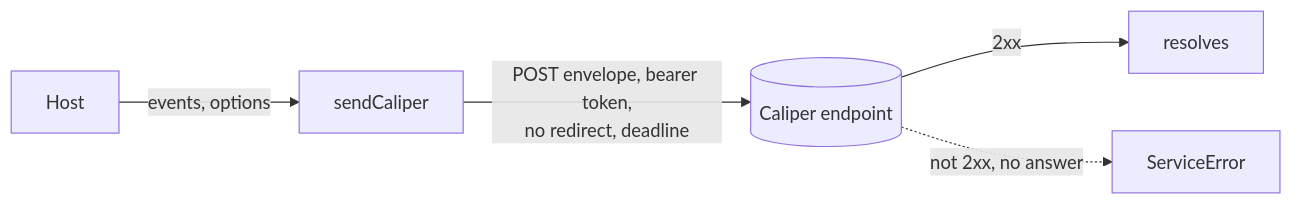
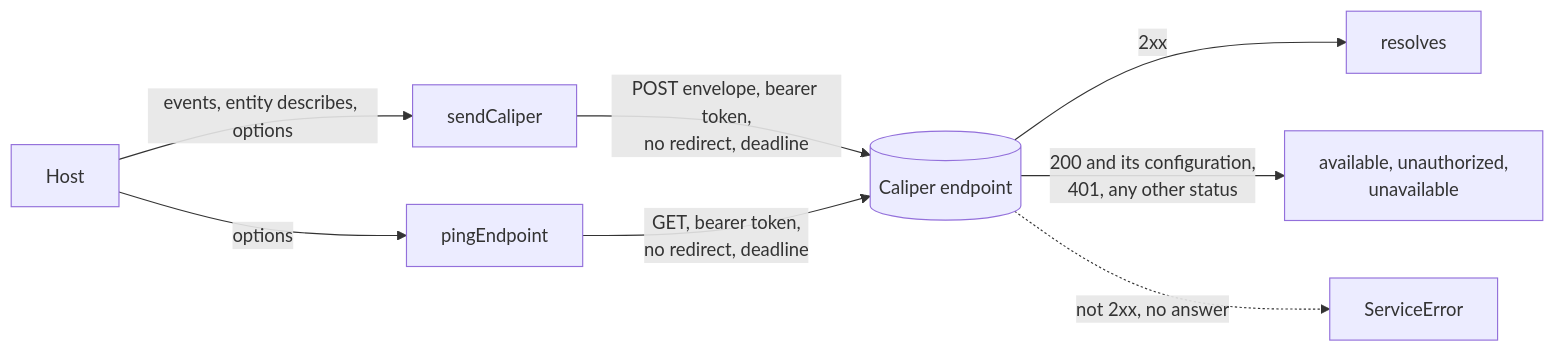
Before and after one commit to interopkit/interopkit: the first of 2 diagrams in docs/learning-analytics/send.md, drawn with Mermaid. The commit also changed other lines of this file and 51 other files, not shown here.

First line of the commit message:
Send entity describes and ask for the configuration, and receive envelopes at an endpoint that authorizes before it parses

````diff
--- a/docs/learning-analytics/send.md
+++ b/docs/learning-analytics/send.md
@@ -6,7 +7,10 @@
 ```mermaid
 flowchart LR
-  host["Host"] -->|"events, options"| send["sendCaliper"]
+  host["Host"] -->|"events, entity describes, options"| send["sendCaliper"]
+  host -->|"options"| ping["pingEndpoint"]
   send -->|"POST envelope, bearer token,<br/>no redirect, deadline"| endpoint[("Caliper endpoint")]
+  ping -->|"GET, bearer token,<br/>no redirect, deadline"| endpoint
   endpoint -->|"2xx"| ok["resolves"]
+  endpoint -->|"200 and its configuration,<br/>401, any other status"| avail["available, unauthorized,<br/>unavailable"]
   endpoint -.->|"not 2xx, no answer"| fail["ServiceError"]
 ```
````
